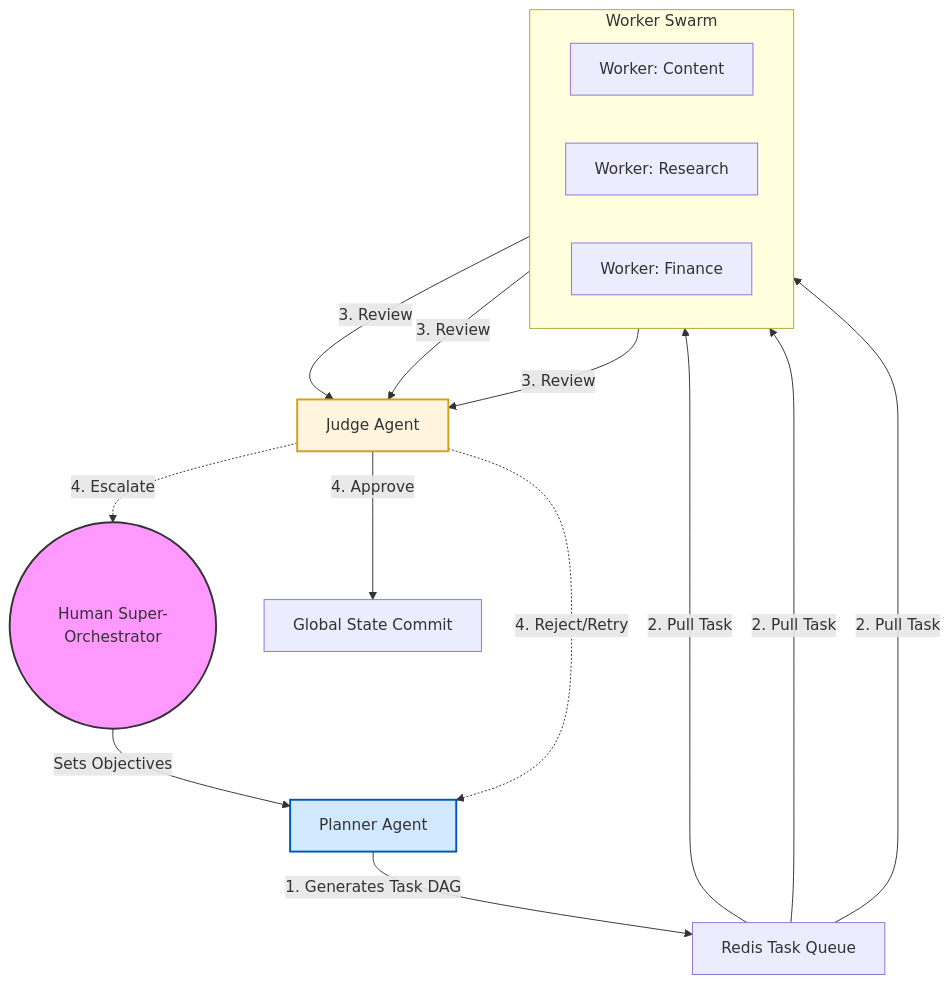
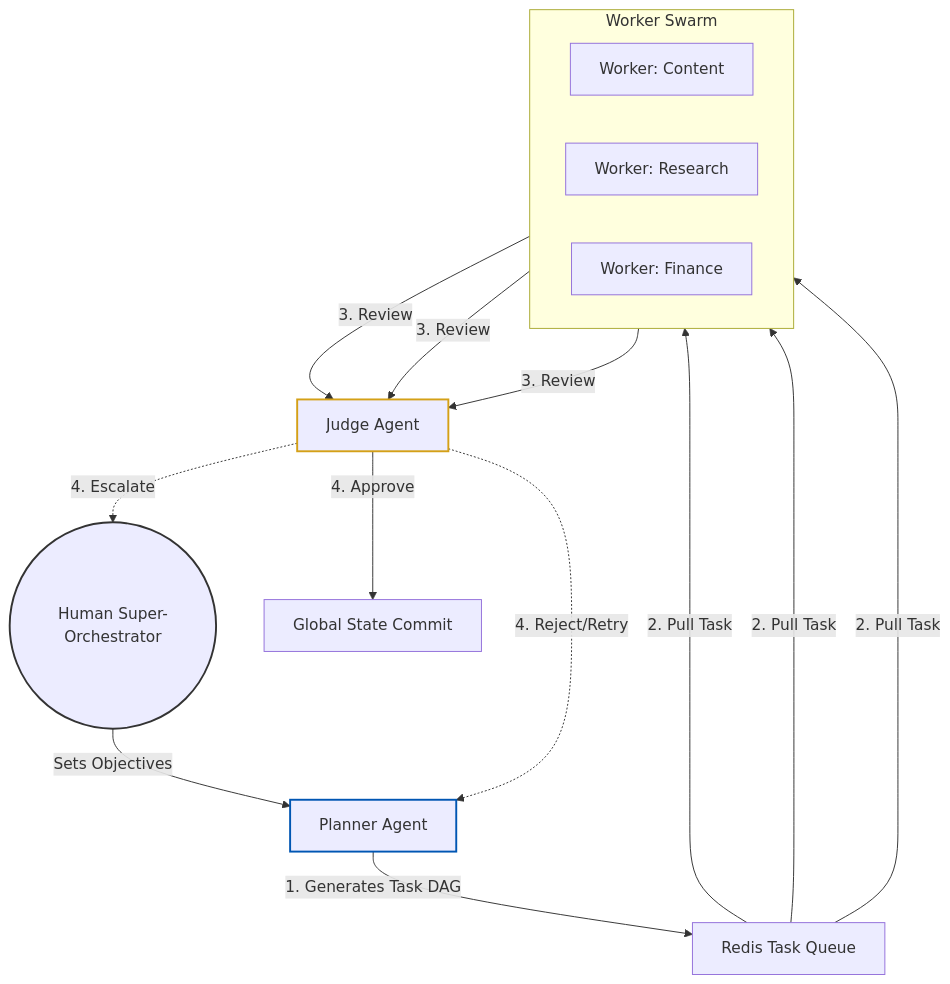
Before and after one commit to tekuuu/3D_Challenge: the first of 2 diagrams in research/architecture_strategy.md, drawn with Mermaid. The commit also changed other lines of this file, not shown here.

Commit message:
architecture diagrams modified

````diff
--- a/research/architecture_strategy.md
+++ b/research/architecture_strategy.md
@@ -13,36 +13,36 @@
 ```mermaid
 graph TD
     %% Primary Actors
     User((Human Super-Orchestrator)) -->|Sets Objectives| Planner[Planner Agent]
     
     %% Task Management
     Planner -->|1. Generates Task DAG| Queue[Redis Task Queue]
     
     %% The Worker Swarm
     subgraph Swarm [Worker Swarm]
         direction LR
         Worker1[Worker: Content]
         Worker2[Worker: Research]
         Worker3[Worker: Finance]
     end
     
     %% Execution Flow
     Queue -->|2. Pull Task| Worker1
     Queue -->|2. Pull Task| Worker2
     Queue -->|2. Pull Task| Worker3
     
     %% Quality Control
     Worker1 -->|3. Review| Judge[Judge Agent]
     Worker2 -->|3. Review| Judge
     Worker3 -->|3. Review| Judge
     
     %% Decision Gates
     Judge -->|4. Approve| Commit[Global State Commit]
     Judge -.->|4. Reject/Retry| Planner
     Judge -.->|4. Escalate| User
 
     %% Styling for clarity
-    style User fill:#f9f,stroke:#333,stroke-width:2px
-    style Judge fill:#fff4dd,stroke:#d4a017,stroke-width:2px
-    style Planner fill:#d1e8ff,stroke:#0056b3,stroke-width:2px
+    style User fill:#f,stroke:#333,stroke-width:2px
+    style Judge fill:#fff4d,stroke:#d4a017,stroke-width:2px
+    style Planner fill:#ff,stroke:#0056b3,stroke-width:2px
 ```
````
